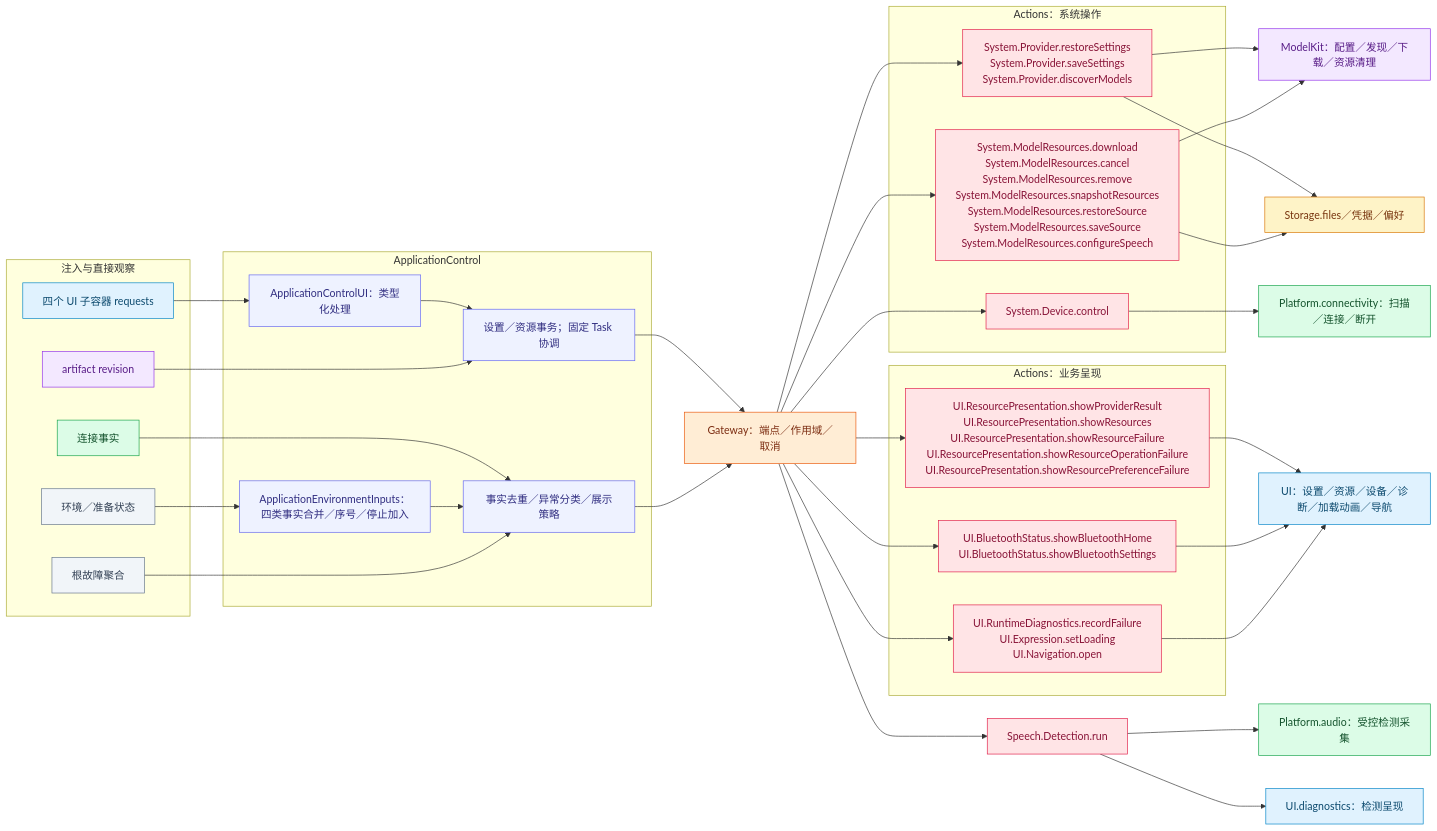
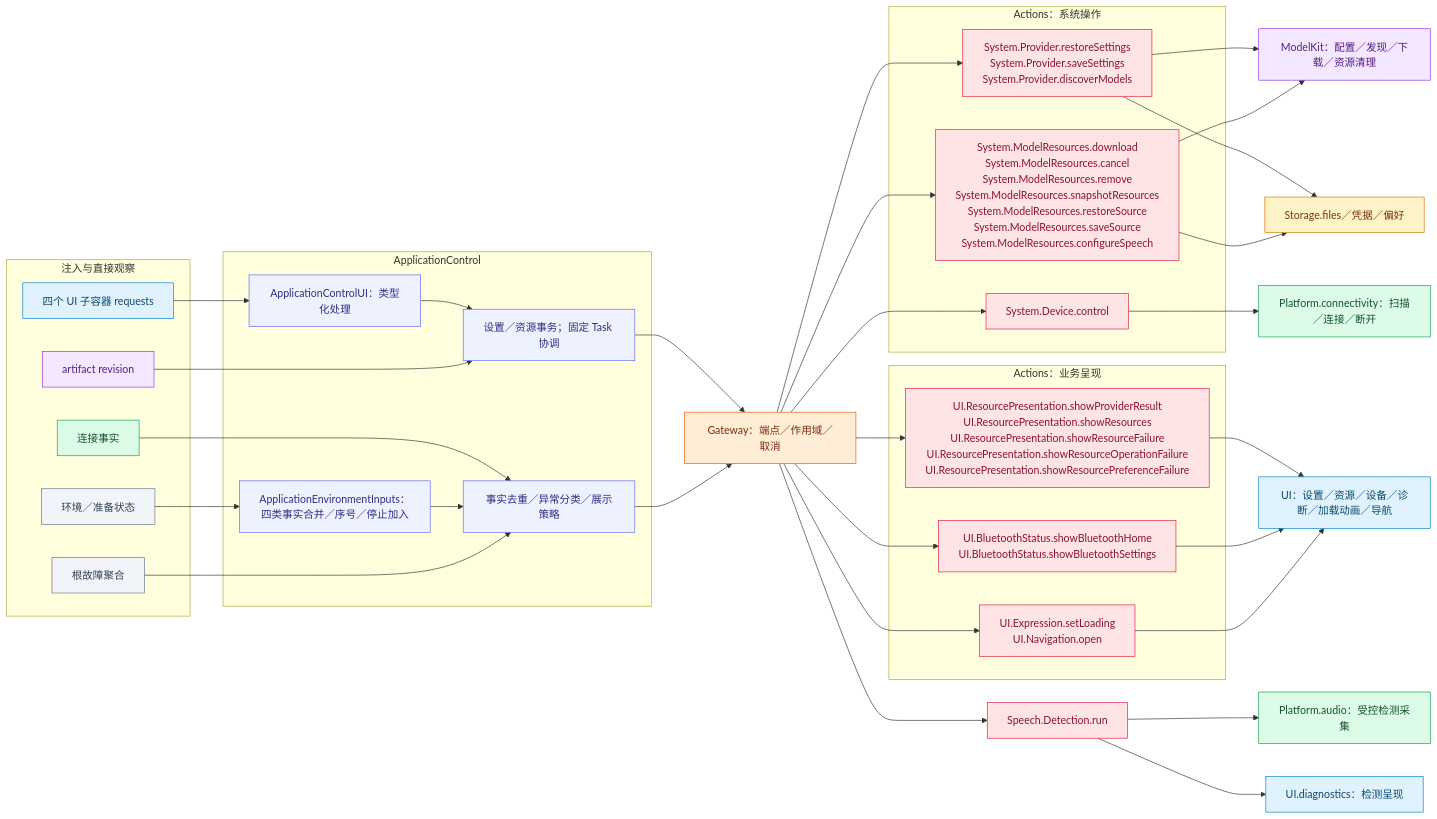
The second of 2 diagrams in MobileHarness/Agents/ApplicationControl/README.md (devilyouwei/MobileHarness), drawn with Mermaid before and after one commit. The commit also changed other lines of this file and 172 other files, not shown here.

````diff
--- a/MobileHarness/Agents/ApplicationControl/README.md
+++ b/MobileHarness/Agents/ApplicationControl/README.md
@@ -76,58 +76,58 @@
 ```mermaid
 flowchart LR
  subgraph Inputs["注入与直接观察"]
  U["四个 UI 子容器 requests"]:::ui
  P["连接事实"]:::platform
  M["artifact revision"]:::model
  F["环境／准备状态"]:::host
  CF["根故障聚合"]:::host
  end
  subgraph Role["ApplicationControl"]
  H["ApplicationControlUI：类型化处理"]:::agent
  W["设置／资源事务；固定 Task 协调"]:::agent
  E["ApplicationEnvironmentInputs：四类事实合并／序号／停止加入"]:::agent
  D["事实去重／异常分类／展示策略"]:::agent
  end
  U --> H --> W
  P --> D
  M --> W
  F --> E --> D
  CF --> D
  W --> G["Gateway：端点／作用域／取消"]:::gateway
  D --> G
  subgraph SystemCalls["Actions：系统操作"]
  PRO["System.Provider.restoreSettings<br/>System.Provider.saveSettings<br/>System.Provider.discoverModels"]:::action
  RES["System.ModelResources.download<br/>System.ModelResources.cancel<br/>System.ModelResources.remove<br/>System.ModelResources.snapshotResources<br/>System.ModelResources.restoreSource<br/>System.ModelResources.saveSource<br/>System.ModelResources.configureSpeech"]:::action
  DEV["System.Device.control"]:::action
  end
  subgraph UICalls["Actions：业务呈现"]
  RP["UI.ResourcePresentation.showProviderResult<br/>UI.ResourcePresentation.showResources<br/>UI.ResourcePresentation.showResourceFailure<br/>UI.ResourcePresentation.showResourceOperationFailure<br/>UI.ResourcePresentation.showResourcePreferenceFailure"]:::action
  BP["UI.BluetoothStatus.showBluetoothHome<br/>UI.BluetoothStatus.showBluetoothSettings"]:::action
- DP["UI.RuntimeDiagnostics.recordFailure<br/>UI.Expression.setLoading<br/>UI.Navigation.open"]:::action
+ DP["UI.Expression.setLoading<br/>UI.Navigation.open"]:::action
  end
  G --> PRO
  G --> RES
  G --> DEV
  G --> RP
  G --> BP
  G --> DP
  G --> DET["Speech.Detection.run"]:::action
  PRO --> MO
  RES --> MO["ModelKit：配置／发现／下载／资源清理"]:::model
  PRO --> ST
  RES --> ST["Storage.files／凭据／偏好"]:::storage
  DEV --> PL["Platform.connectivity：扫描／连接／断开"]:::platform
  RP --> UV
  BP --> UV
  DP --> UV["UI：设置／资源／设备／诊断／加载动画／导航"]:::ui
  DET --> AU["Platform.audio：受控检测采集"]:::platform
  DET --> DU["UI.diagnostics：检测呈现"]:::ui
  classDef ui fill:#e0f2fe,stroke:#0284c7,color:#0c4a6e
  classDef platform fill:#dcfce7,stroke:#16a34a,color:#14532d
  classDef model fill:#f3e8ff,stroke:#9333ea,color:#581c87
  classDef storage fill:#fef3c7,stroke:#d97706,color:#78350f
  classDef agent fill:#eef2ff,stroke:#6366f1,color:#312e81
  classDef gateway fill:#ffedd5,stroke:#ea580c,color:#7c2d12
  classDef action fill:#ffe4e6,stroke:#e11d48,color:#881337
  classDef host fill:#f1f5f9,stroke:#64748b,color:#334155
 ```
````
